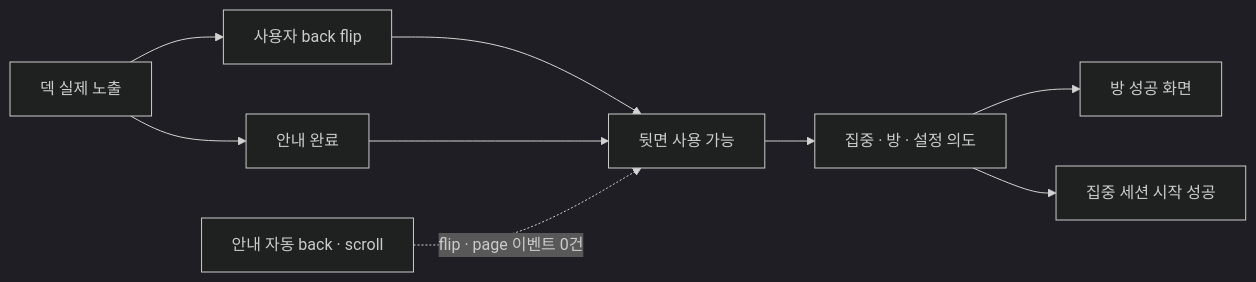
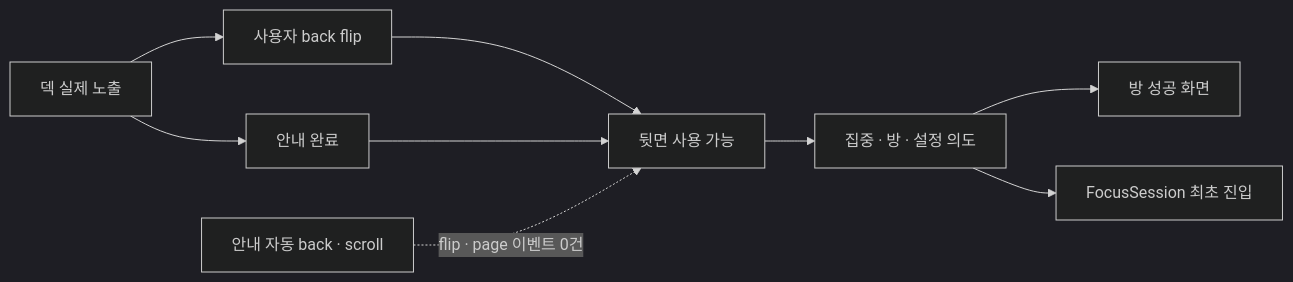
Before and after one commit to OneOrThree/phone: the fifth of 5 diagrams in docs/prd/group/features/02-my-groups/high-level-design.md, drawn with Mermaid (dark theme). The commit also changed other lines of this file and 16 other files, not shown here.

````diff
--- a/docs/prd/group/features/02-my-groups/high-level-design.md
+++ b/docs/prd/group/features/02-my-groups/high-level-design.md
@@ -264,12 +274,12 @@
 ```mermaid
 flowchart LR
     Deck["덱 실제 노출"] --> Direct["사용자 back flip"]
     Deck --> Guide["안내 완료"]
     Direct --> Ready["뒷면 사용 가능"]
     Guide --> Ready
     Ready --> Intent["집중 · 방 · 설정 의도"]
     Intent --> Room["방 성공 화면"]
-    Intent --> Focus["집중 세션 시작 성공"]
+    Intent --> Focus["FocusSession 최초 진입"]
 
     Auto["안내 자동 back · scroll"] -.->|"flip · page 이벤트 0건"| Ready
 ```
````
